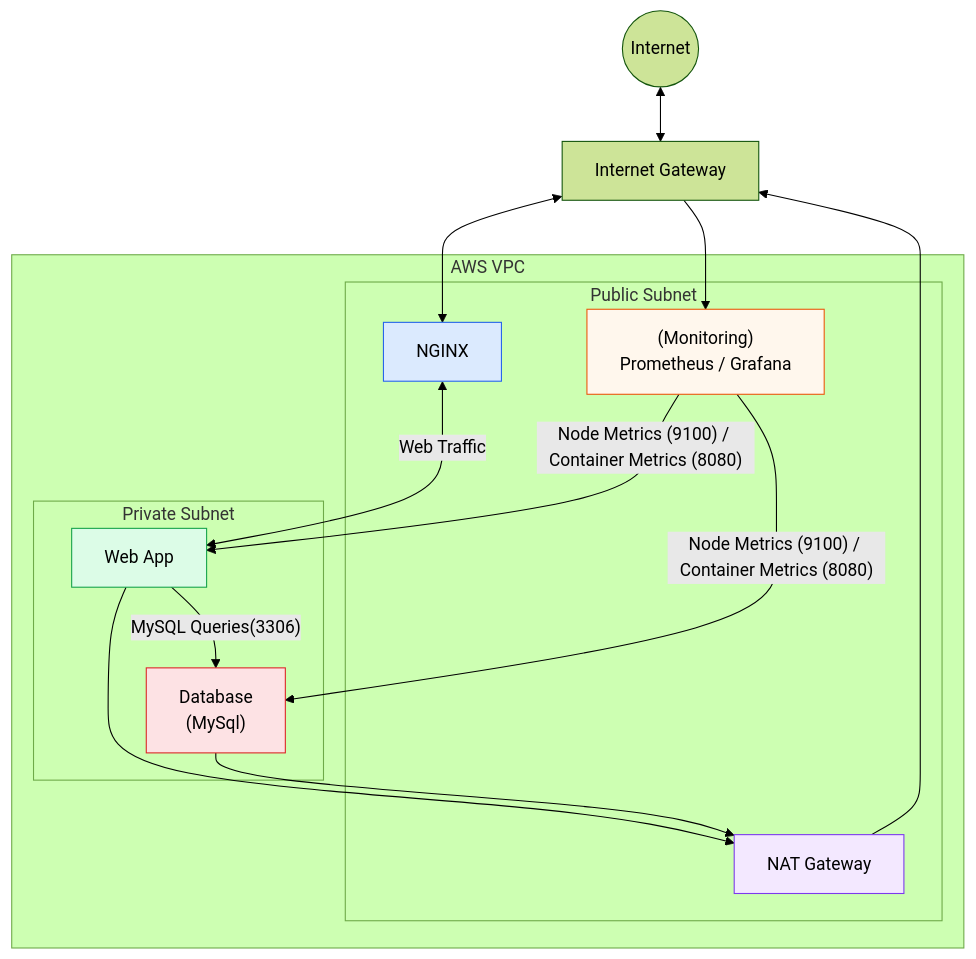
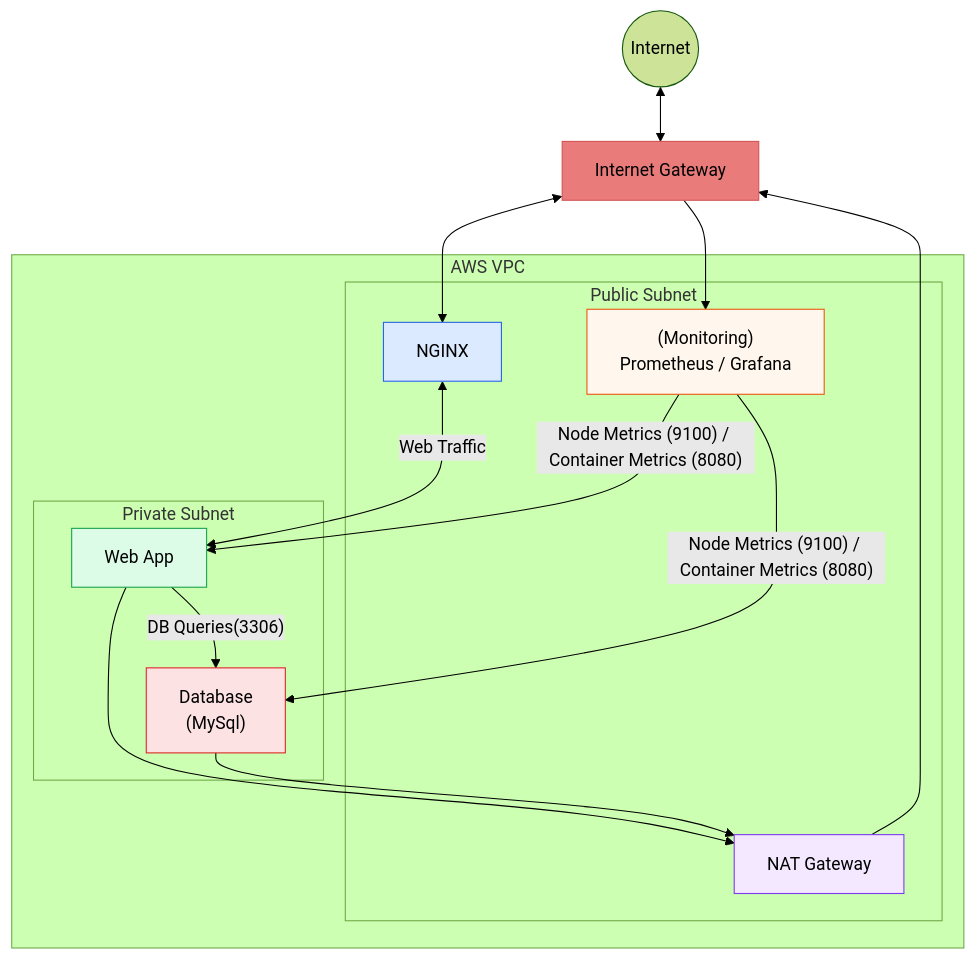
Before and after one commit to Jazzar101/learning-terraform-3087701: the diagram in README.md, drawn with Mermaid (forest theme).

Commit message:
Added colour!

````diff
--- a/README.md
+++ b/README.md
@@ -6,43 +6,45 @@
 ```mermaid
 flowchart TB
     Internet((Internet))
     IGW[Internet Gateway]
     subgraph VPC[AWS VPC]
         subgraph PublicSubnet[Public Subnet]
             NGINX[NGINX]
             Monitoring["(Monitoring)\nPrometheus / Grafana"]
             NAT[NAT Gateway]
         end
 
         subgraph PrivateSubnet[Private Subnet]
             App[Web App]
             DB["Database\n(MySql)"]
         end
     end
 
     Internet <--> IGW
     IGW <--> NGINX
     NGINX <-->|Web Traffic| App
-    App -->|"MySQL Queries(3306)"| DB
+    App -->|"DB Queries(3306)"| DB
     IGW --> Monitoring
 
     Monitoring -->|"Node Metrics (9100) / Container Metrics (8080)"| App
     Monitoring -->|"Node Metrics (9100) / Container Metrics (8080)"| DB
 
     App --> NAT
     DB --> NAT
     NAT --> IGW
 
     %% Node-only styling (GitHub safe)
     classDef ingress fill:#dbeafe,stroke:#2563eb,color:#000000
     classDef monitoring fill:#fff7ed,stroke:#ea580c,color:#000000
     classDef nat fill:#f3e8ff,stroke:#7c3aed,color:#000000
     classDef app fill:#dcfce7,stroke:#16a34a,color:#000000
     classDef db fill:#fde2e4,stroke:#dc2626,color:#000000
+    classDef igw fill:#EA7B7B,stroke:#D25353,color:#00000
 
     class NGINX ingress
     class Monitoring monitoring
     class NAT nat
     class App app
     class DB db
+    class IGW igw
 ```
````
